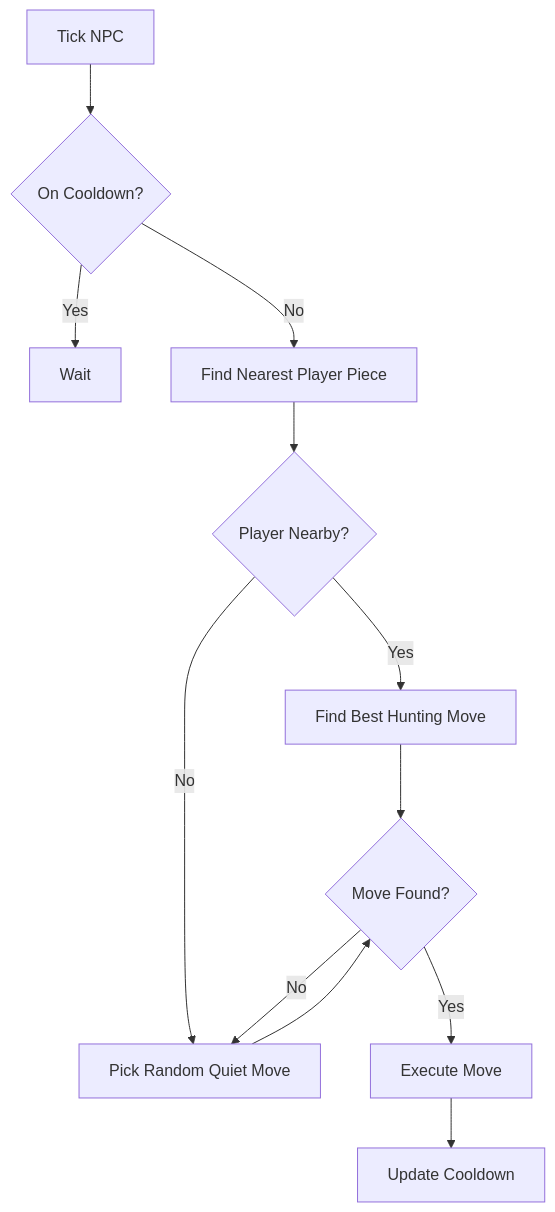
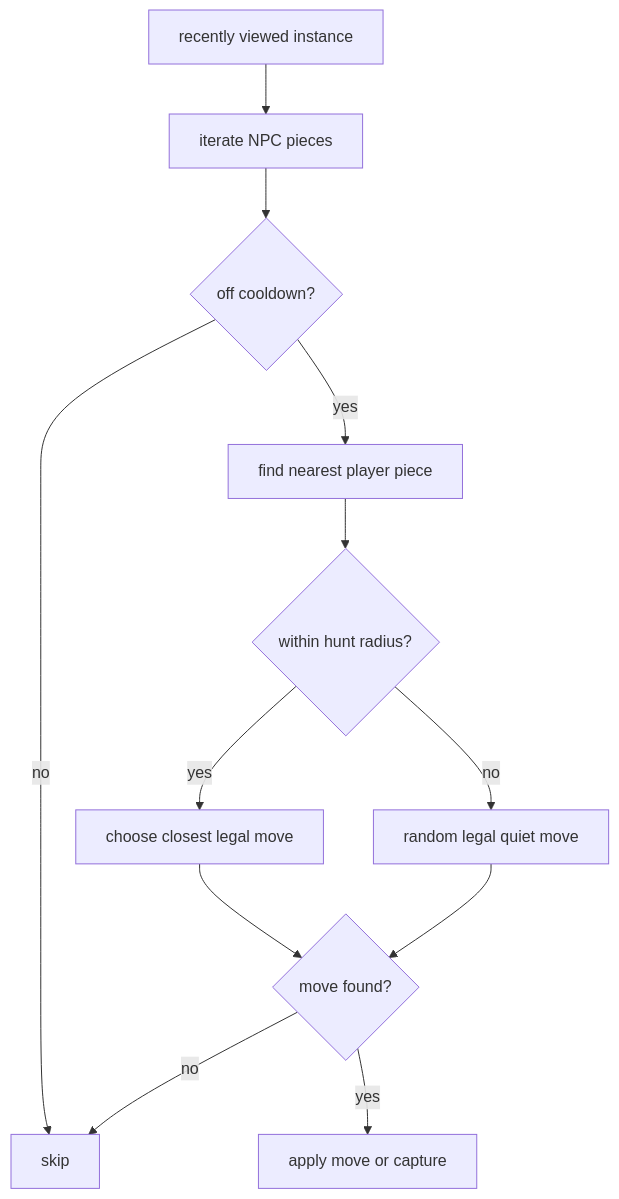
One commit to libreslop/ffchess changed the diagram in docs/logic/npcs.md. Above: the diagram before and after it, drawn with Mermaid. The commit also changed other lines of this file and 17 other files, not shown here.

````diff
--- a/docs/logic/npcs.md
+++ b/docs/logic/npcs.md
@@ -32,14 +74,14 @@
 ```mermaid
-graph TD
-    A[Tick NPC] --> B{On Cooldown?}
-    B -- Yes --> C[Wait]
-    B -- No --> D[Find Nearest Player Piece]
-    D --> E{Player Nearby?}
-    E -- Yes --> F[Find Best Hunting Move]
-    E -- No --> G[Pick Random Quiet Move]
-    F --> H{Move Found?}
-    H -- Yes --> I[Execute Move]
-    H -- No --> G
-    G --> H
-    I --> J[Update Cooldown]
+flowchart TD
+    A[recently viewed instance] --> B[iterate NPC pieces]
+    B --> C{off cooldown?}
+    C -- no --> D[skip]
+    C -- yes --> E[find nearest player piece]
+    E --> F{within hunt radius?}
+    F -- yes --> G[choose closest legal move]
+    F -- no --> H[random legal quiet move]
+    G --> I{move found?}
+    H --> I
+    I -- no --> D
+    I -- yes --> J[apply move or capture]
 ```
````
